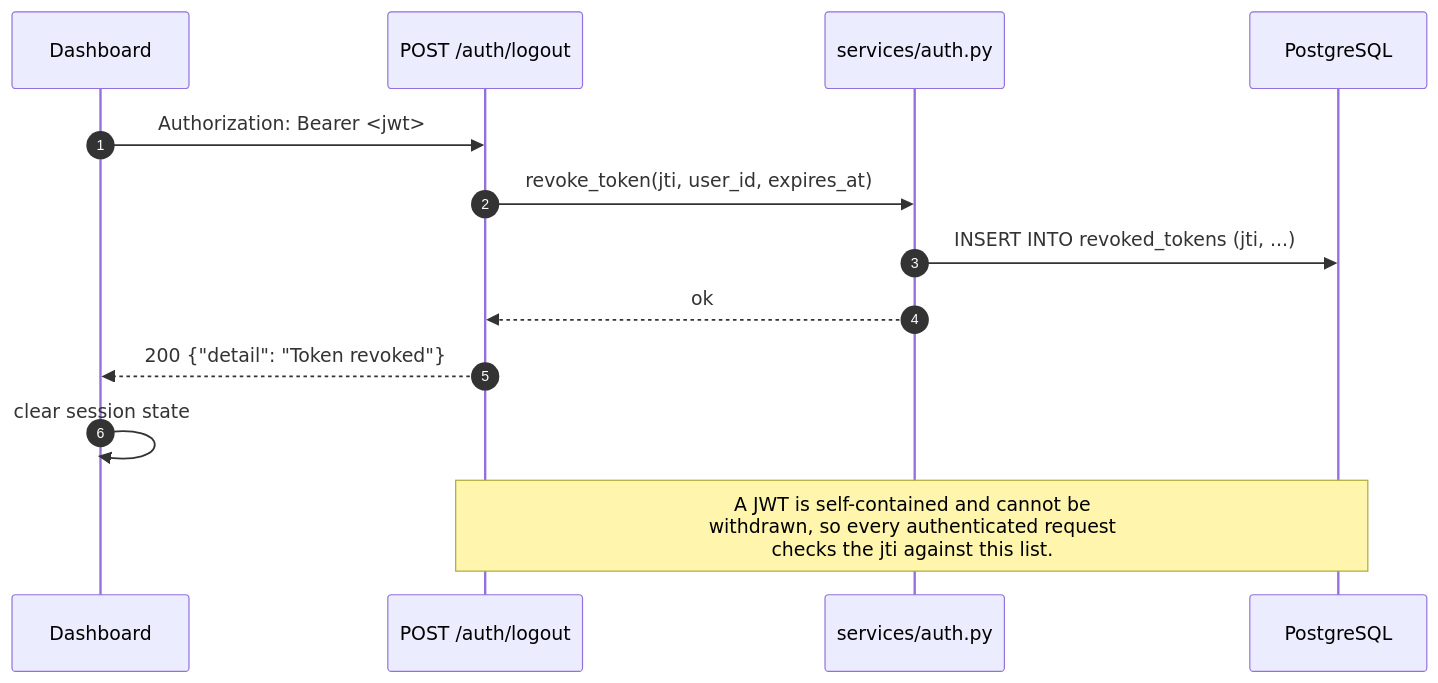
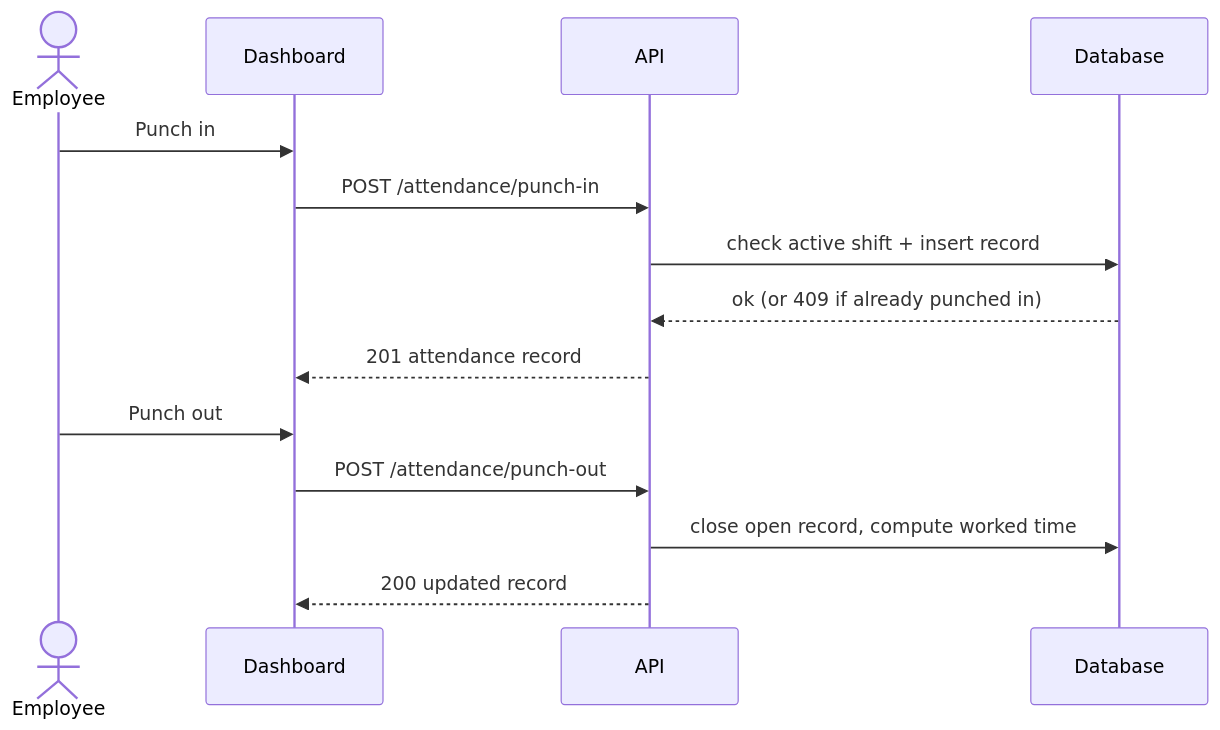
Before and after one commit to Tanuj26Rajput/attendance-management-platform: the first of 3 diagrams in docs/diagrams/sequence-diagrams.md, drawn with Mermaid. The commit also changed other lines of this file and 7 other files, not shown here.

Commit message:
updated diagrams

````diff
--- a/docs/diagrams/sequence-diagrams.md
+++ b/docs/diagrams/sequence-diagrams.md
@@ -58,16 +7,18 @@
 ```mermaid
 sequenceDiagram
-    autonumber
+    actor E as Employee
     participant S as Dashboard
-    participant R as POST /auth/logout
-    participant A as services/auth.py
-    participant DB as PostgreSQL
+    participant API as API
+    participant DB as Database
 
-    S->>R: Authorization: Bearer <jwt>
-    R->>A: revoke_token(jti, user_id, expires_at)
-    A->>DB: INSERT INTO revoked_tokens (jti, ...)
-    A-->>R: ok
-    R-->>S: 200 {"detail": "Token revoked"}
-    S->>S: clear session state
-    Note over R,DB: A JWT is self-contained and cannot be<br/>withdrawn, so every authenticated request<br/>checks the jti against this list.
+    E->>S: Punch in
+    S->>API: POST /attendance/punch-in
+    API->>DB: check active shift + insert record
+    DB-->>API: ok (or 409 if already punched in)
+    API-->>S: 201 attendance record
+
+    E->>S: Punch out
+    S->>API: POST /attendance/punch-out
+    API->>DB: close open record, compute worked time
+    API-->>S: 200 updated record
 ```
````
